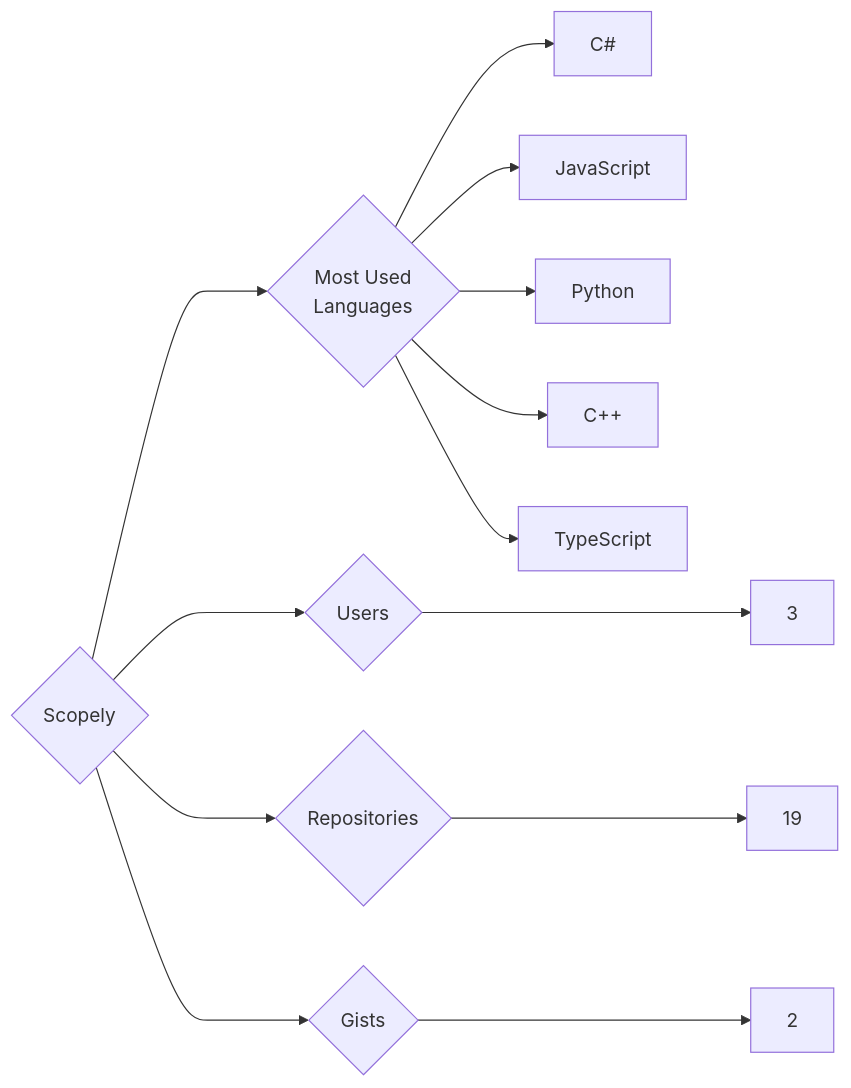
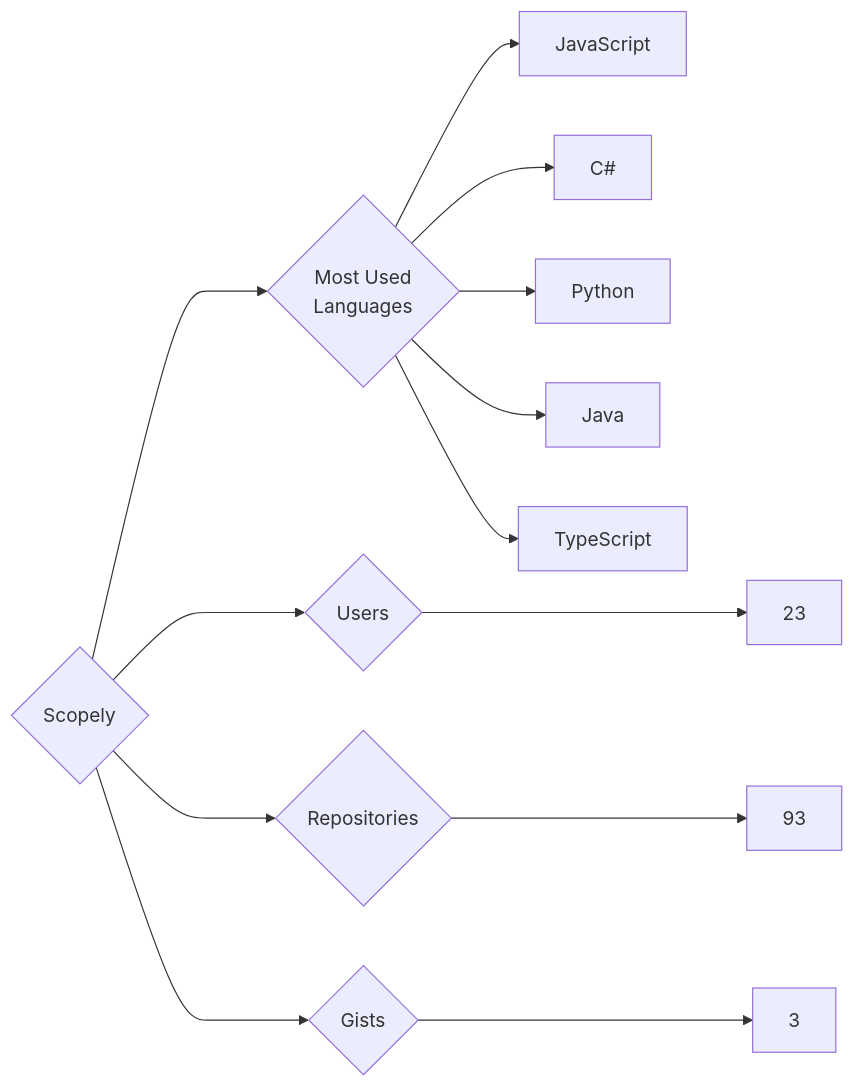
The diagram in targets/Scopely/README.md (trickest/insiders), drawn with Mermaid before and after one commit. The commit also changed 940 other files, not shown here.

````diff
--- a/targets/Scopely/README.md
+++ b/targets/Scopely/README.md
@@ -3,13 +3,13 @@
 ```mermaid
 graph LR
 COMPANY_NAME{Scopely}
-COMPANY_NAME ---> U{Users} ---> UN[3]
-COMPANY_NAME ---> R{Repositories} ---> RN[19]
-COMPANY_NAME ---> G{Gists} ---> GN[2]
+COMPANY_NAME ---> U{Users} ---> UN[23]
+COMPANY_NAME ---> R{Repositories} ---> RN[93]
+COMPANY_NAME ---> G{Gists} ---> GN[3]
 COMPANY_NAME ---> ML{Most Used<br>Languages}
+ML --> JavaScript[JavaScript]
 ML --> C#[C#]
-ML --> JavaScript[JavaScript]
 ML --> Python[Python]
-ML --> C++[C++]
+ML --> Java[Java]
 ML --> TypeScript[TypeScript]
 ```
````
